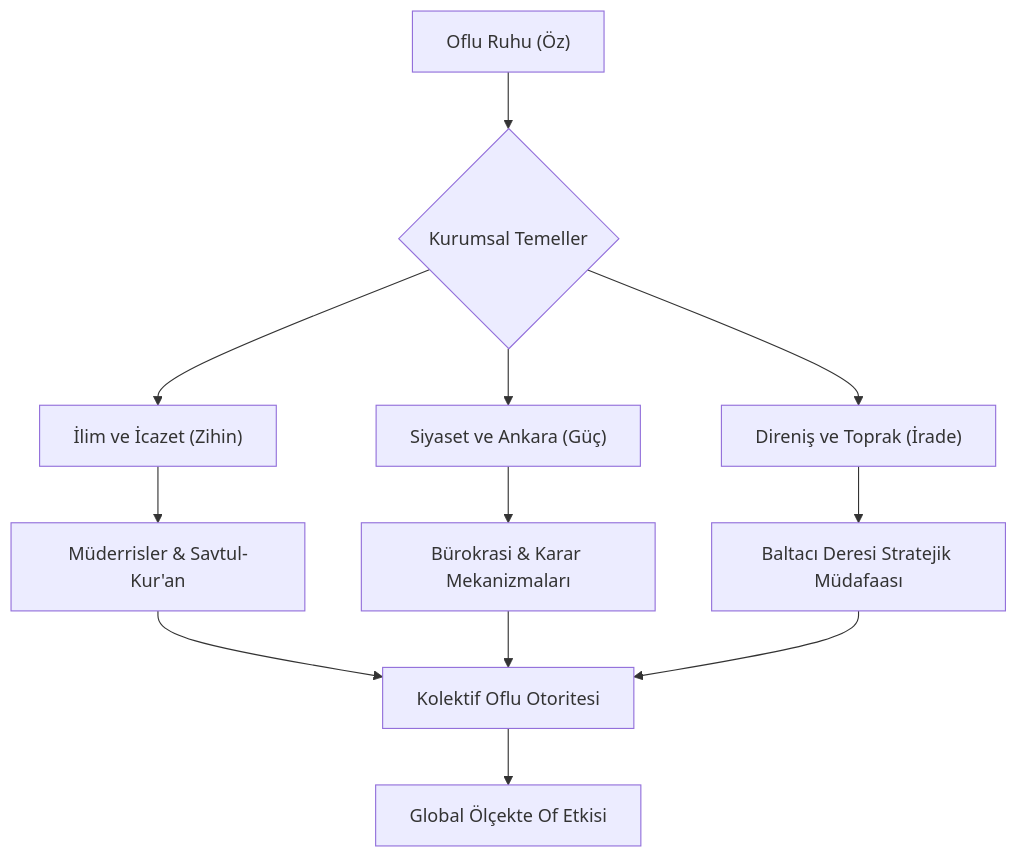
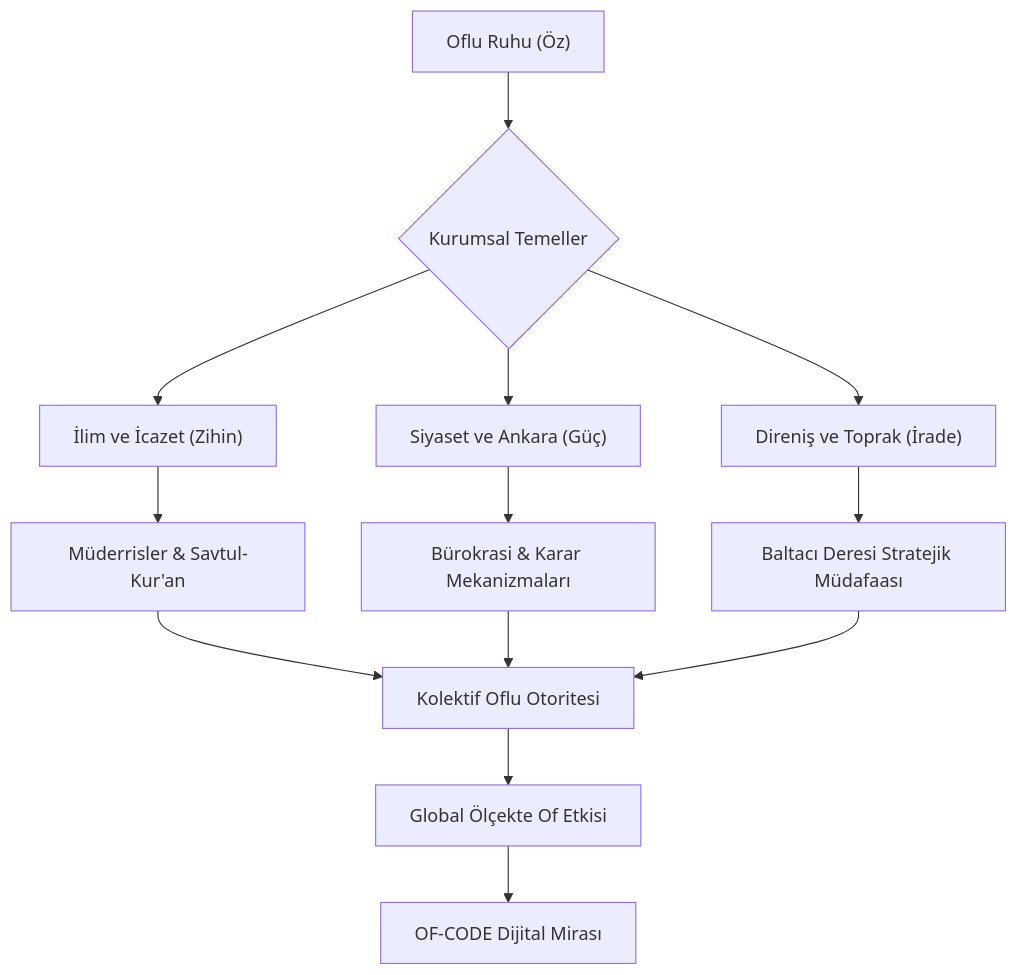
The diagram in README.md (dijitalseyyah/OF-CODE), drawn with Mermaid before and after one commit. The commit also changed other lines of this file, not shown here.

````diff
--- a/README.md
+++ b/README.md
@@ -26,14 +35,15 @@
 ```mermaid
 graph TD
     A["Oflu Ruhu (Öz)"] --> B{"Kurumsal Temeller"}
     B --> C["İlim ve İcazet (Zihin)"]
     B --> D["Siyaset ve Ankara (Güç)"]
     B --> E["Direniş ve Toprak (İrade)"]
     
     C --> F["Müderrisler & Savtul-Kur'an"]
     D --> G["Bürokrasi & Karar Mekanizmaları"]
     E --> H["Baltacı Deresi Stratejik Müdafaası"]
     
     F & G & H --> I["Kolektif Oflu Otoritesi"]
     I --> J["Global Ölçekte Of Etkisi"]
+    J --> K["OF-CODE Dijital Mirası"]
 ```
````
